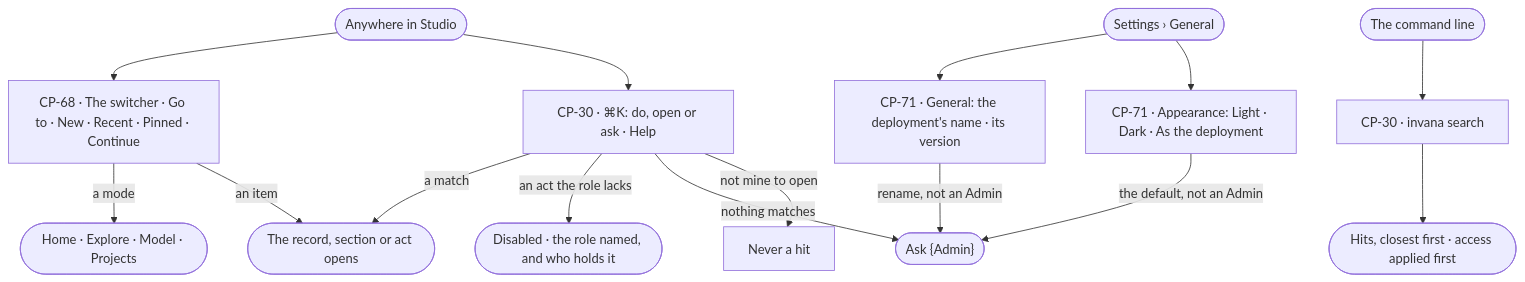
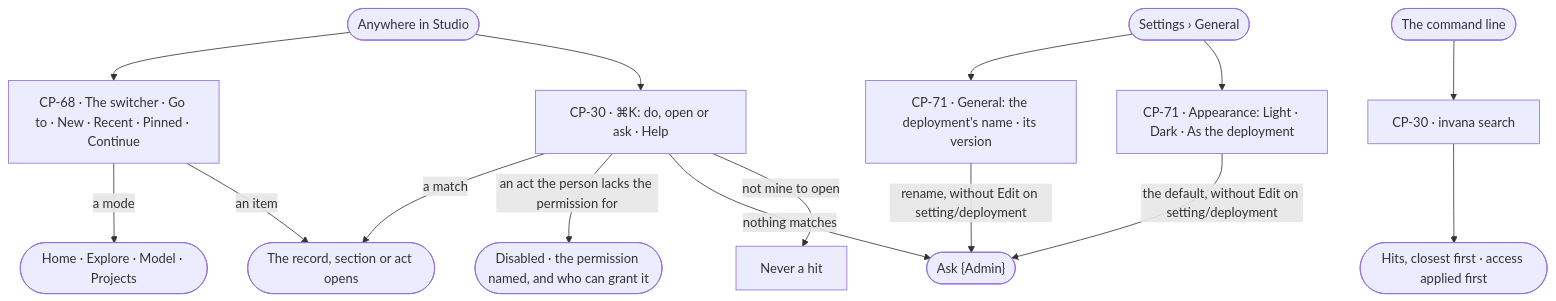
One commit to invana/invana changed the diagram in specs/os/control/features/CP-F07-find-your-way/feature.md. Above: the diagram before and after it, drawn with Mermaid. The commit also changed other lines of this file and 228 other files, not shown here.

````diff
--- a/specs/os/control/features/CP-F07-find-your-way/feature.md
+++ b/specs/os/control/features/CP-F07-find-your-way/feature.md
@@ -26,17 +26,17 @@
 ```mermaid
 flowchart TD
   s([Anywhere in Studio]) --> sw["CP-68 · The switcher · Go to · New · Recent · Pinned · Continue"]
   sw -->|a mode| m(["Home · Explore · Model · Projects"])
   sw -->|an item| open
   s --> k["CP-30 · ⌘K: do, open or ask · Help"]
   k -->|a match| open(["The record, section or act opens"])
-  k -->|an act the role lacks| dis(["Disabled · the role named, and who holds it"])
+  k -->|an act the person lacks the permission for| dis(["Disabled · the permission named, and who can grant it"])
   k -->|nothing matches| ask["Ask the Assistant: the text in its composer, never sent"]
   k -->|not mine to open| hid["Never a hit"]
   c([The command line]) --> se["CP-30 · invana search"]
   se --> hits(["Hits, closest first · access applied first"])
   st([Settings › General]) --> gen["CP-71 · General: the deployment's name · its version"]
   st --> app["CP-71 · Appearance: Light · Dark · As the deployment"]
-  gen -->|rename, not an Admin| ask(["Ask {Admin}"])
-  app -->|the default, not an Admin| ask
+  gen -->|rename, without Edit on setting/deployment| ask(["Ask {Admin}"])
+  app -->|the default, without Edit on setting/deployment| ask
 ```
````
